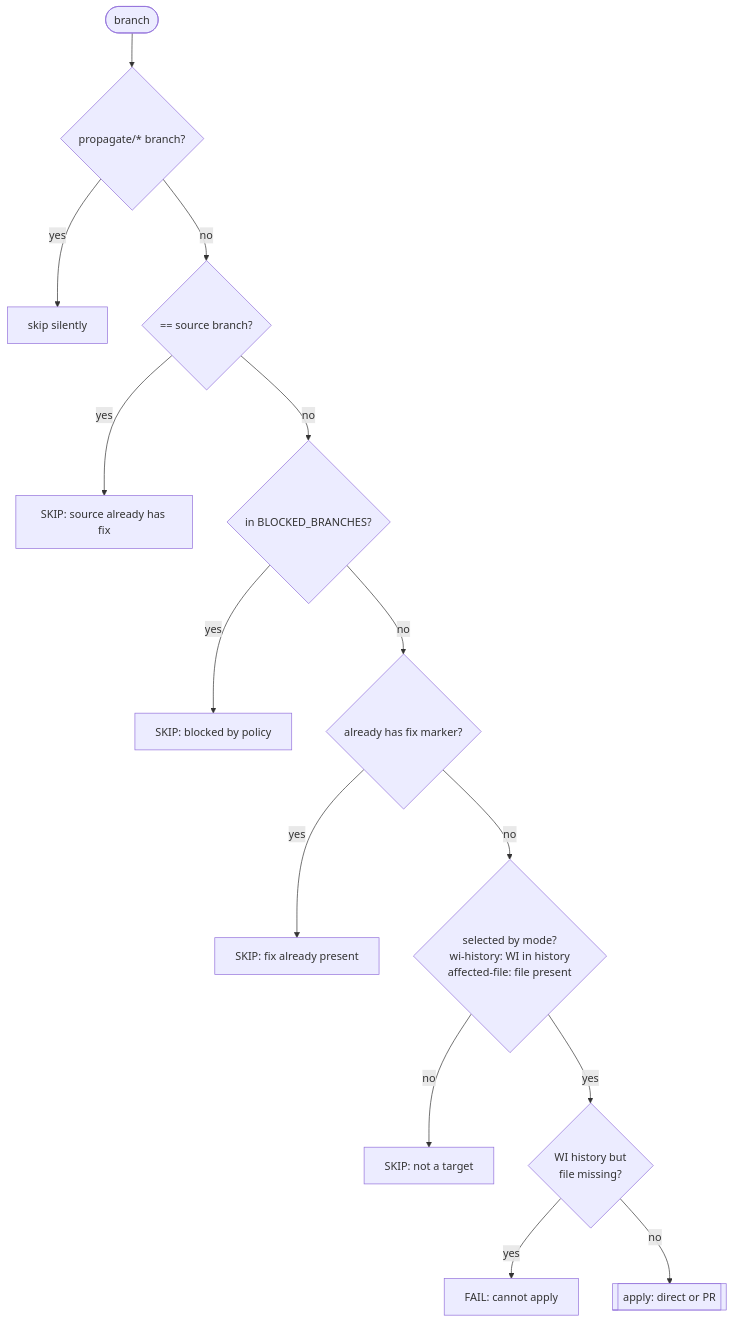
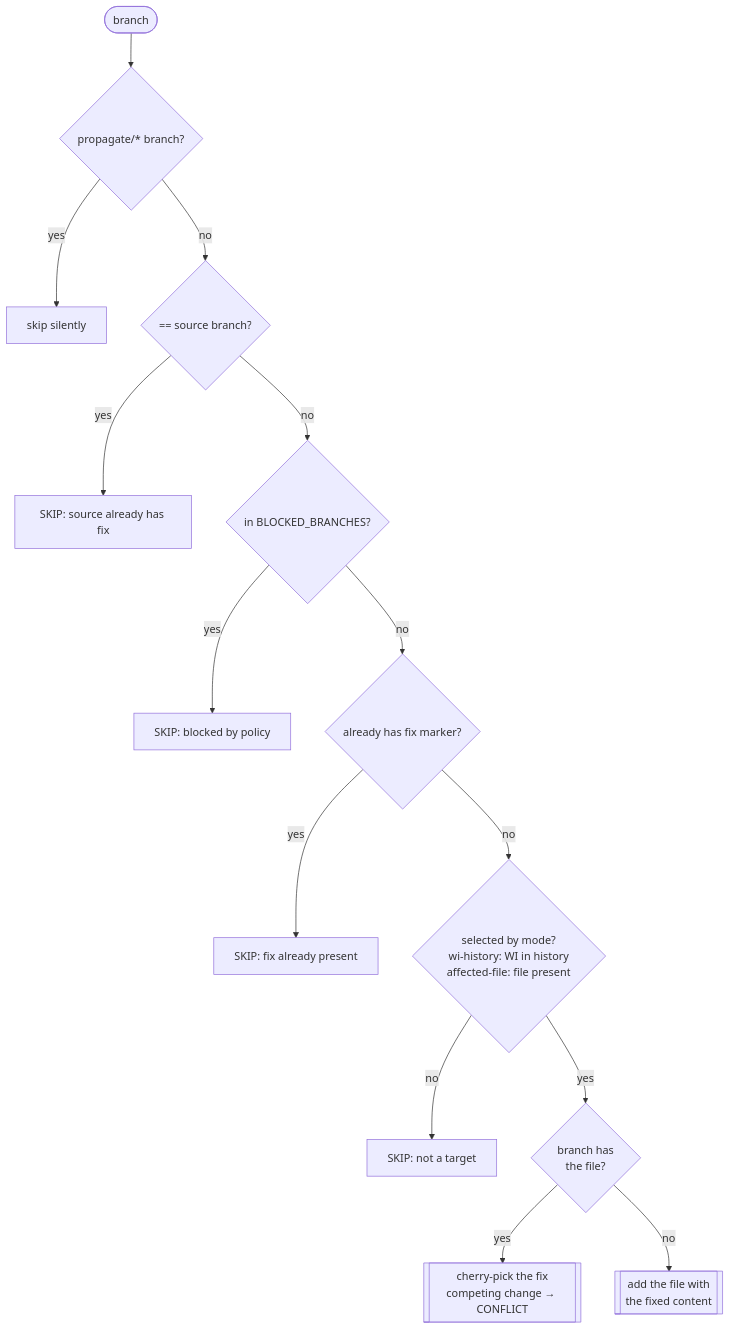
The fourth of 9 diagrams in ARCHITECTURE.md (MajedSaade/kla-complex-test-repo), drawn with Mermaid before and after one commit. The commit also changed other lines of this file and 3 other files, not shown here.

````diff
--- a/ARCHITECTURE.md
+++ b/ARCHITECTURE.md
@@ -232,16 +236,16 @@
 ```mermaid
 flowchart TD
     S([branch]) --> P{propagate/* branch?}
     P -- yes --> SKIP1[skip silently]
     P -- no --> SRC{== source branch?}
     SRC -- yes --> SK2[SKIP: source already has fix]
     SRC -- no --> BL{in BLOCKED_BRANCHES?}
     BL -- yes --> SK3[SKIP: blocked by policy]
     BL -- no --> HF{already has fix marker?}
     HF -- yes --> SK4[SKIP: fix already present]
     HF -- no --> SEL{selected by mode?<br/>wi-history: WI in history<br/>affected-file: file present}
     SEL -- no --> SK5[SKIP: not a target]
-    SEL -- yes --> EXP{WI history but<br/>file missing?}
-    EXP -- yes --> F1[FAIL: cannot apply]
-    EXP -- no --> APPLY[[apply: direct or PR]]
+    SEL -- yes --> HASF{branch has<br/>the file?}
+    HASF -- yes --> CP[[cherry-pick the fix<br/>competing change → CONFLICT]]
+    HASF -- no --> ADD[[add the file with<br/>the fixed content]]
 ```
````
